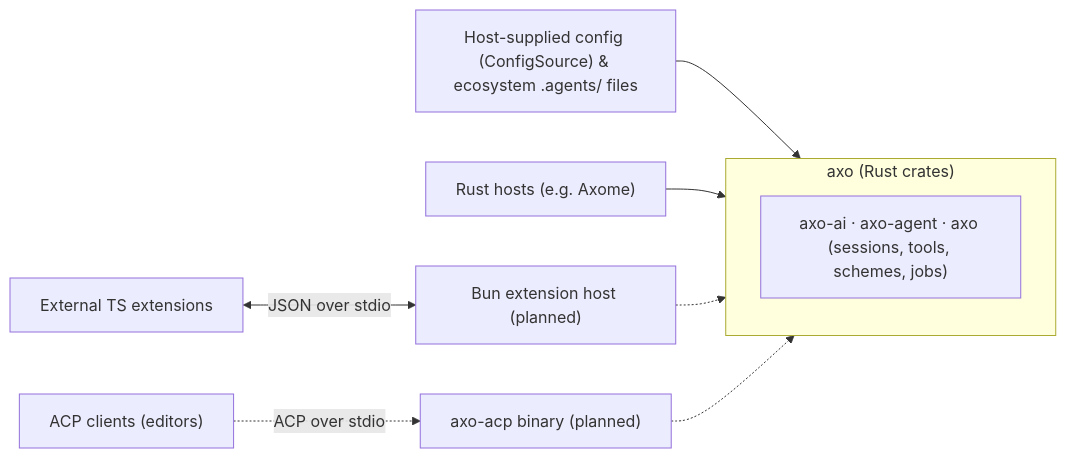
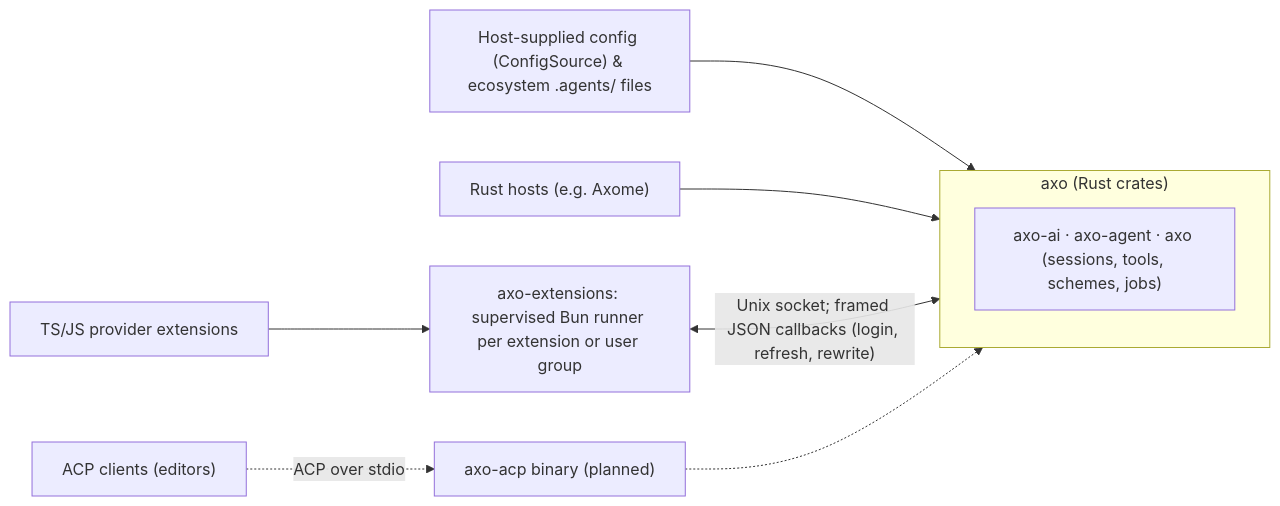
Before and after one commit to Axo-Gnosis/Axo: the diagram in plan/design.md, drawn with Mermaid. The commit also changed other lines of this file and 50 other files, not shown here.

Commit message:
feat(extensions): add Bun provider extension bridge

````diff
--- a/plan/design.md
+++ b/plan/design.md
@@ -48,10 +48,11 @@
 ```mermaid
 flowchart LR
   D["Host-supplied config (ConfigSource) & ecosystem .agents/ files"] --> C
   subgraph C["axo (Rust crates)"]
     L["axo-ai · axo-agent · axo (sessions, tools, schemes, jobs)"]
   end
   S["Rust hosts (e.g. Axome)"] --> C
-  X["External TS extensions"] <-->|JSON over stdio| H["Bun extension host (planned)"] -.-> C
+  X["TS/JS provider extensions"] --> H["axo-extensions: supervised Bun runner per extension or user group"]
+  H <-->|"Unix socket; framed JSON callbacks (login, refresh, rewrite)"| C
   R["ACP clients (editors)"] -.->|ACP over stdio| A["axo-acp binary (planned)"] -.-> C
 ```
````
